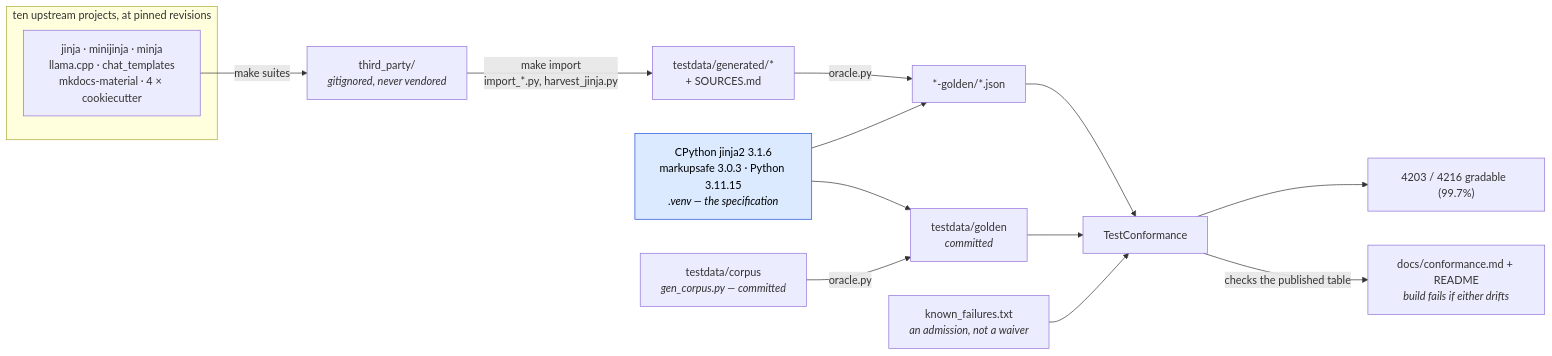
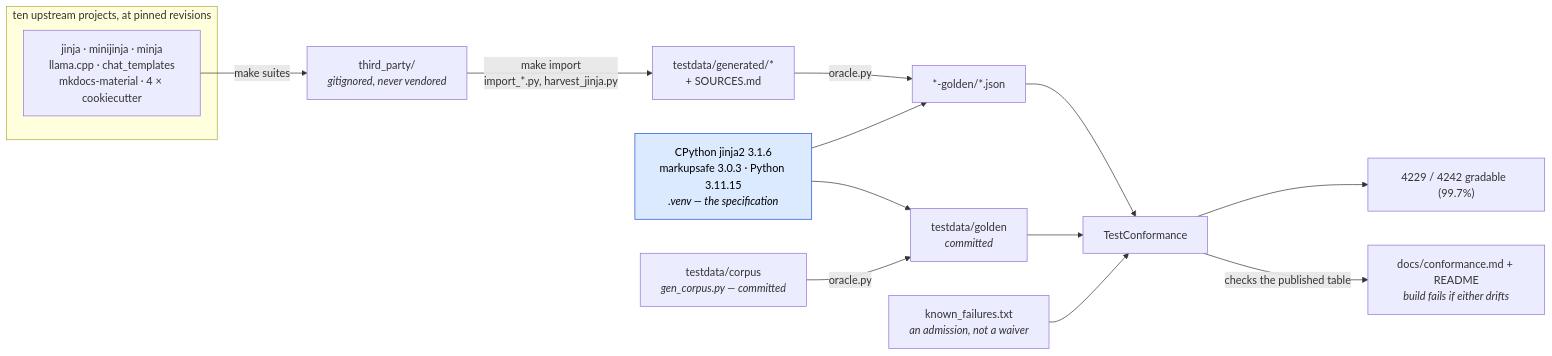
Before and after one commit to mgilbir/gojja2: the first of 2 diagrams in docs/conformance.md, drawn with Mermaid. The commit also changed other lines of this file and 55 other files, not shown here.

````diff
--- a/docs/conformance.md
+++ b/docs/conformance.md
@@ -17,24 +17,24 @@
 ```mermaid
 flowchart LR
     subgraph up["ten upstream projects, at pinned revisions"]
         U1["jinja · minijinja · minja<br/>llama.cpp · chat_templates<br/>mkdocs-material · 4 × cookiecutter"]
     end
     U1 -->|"make suites"| TP["third_party/<br/><i>gitignored, never vendored</i>"]
     TP -->|"make import<br/>import_*.py, harvest_jinja.py"| GEN["testdata/generated/*<br/>+ SOURCES.md"]
 
     ORA["CPython jinja2 3.1.6<br/>markupsafe 3.0.3 · Python 3.11.15<br/><i>.venv — the specification</i>"]
     GEN -->|"oracle.py"| G2["*-golden/*.json"]
     ORA --> G2
 
     OWN["testdata/corpus<br/><i>gen_corpus.py — committed</i>"] -->|"oracle.py"| G1["testdata/golden<br/><i>committed</i>"]
     ORA --> G1
 
     G1 --> TC["TestConformance"]
     G2 --> TC
     KF["known_failures.txt<br/><i>an admission, not a waiver</i>"] --> TC
-    TC --> RATE["4203 / 4216 gradable  (99.7%)"]
+    TC --> RATE["4229 / 4242 gradable  (99.7%)"]
     TC -->|"checks the published table"| RM["docs/conformance.md + README<br/><i>build fails if either drifts</i>"]
 
     classDef spec fill:#dbeafe,stroke:#1d4ed8,color:#000
     class ORA spec
 ```
````
